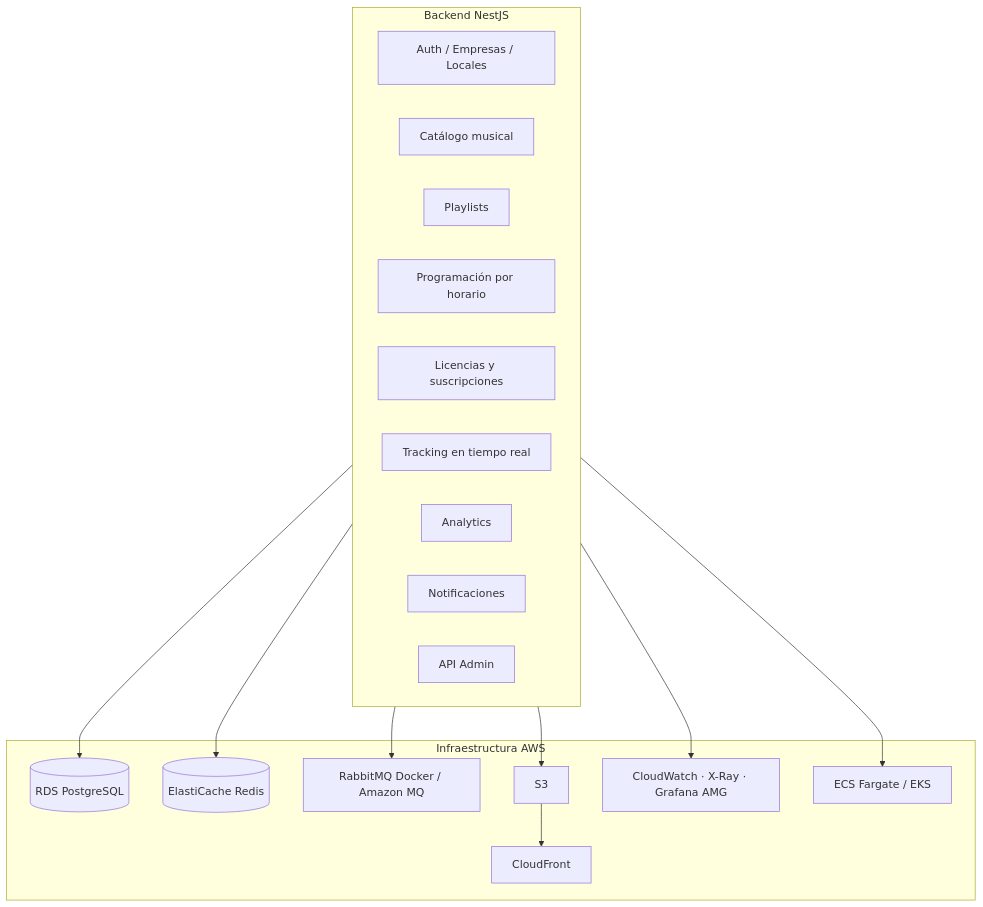
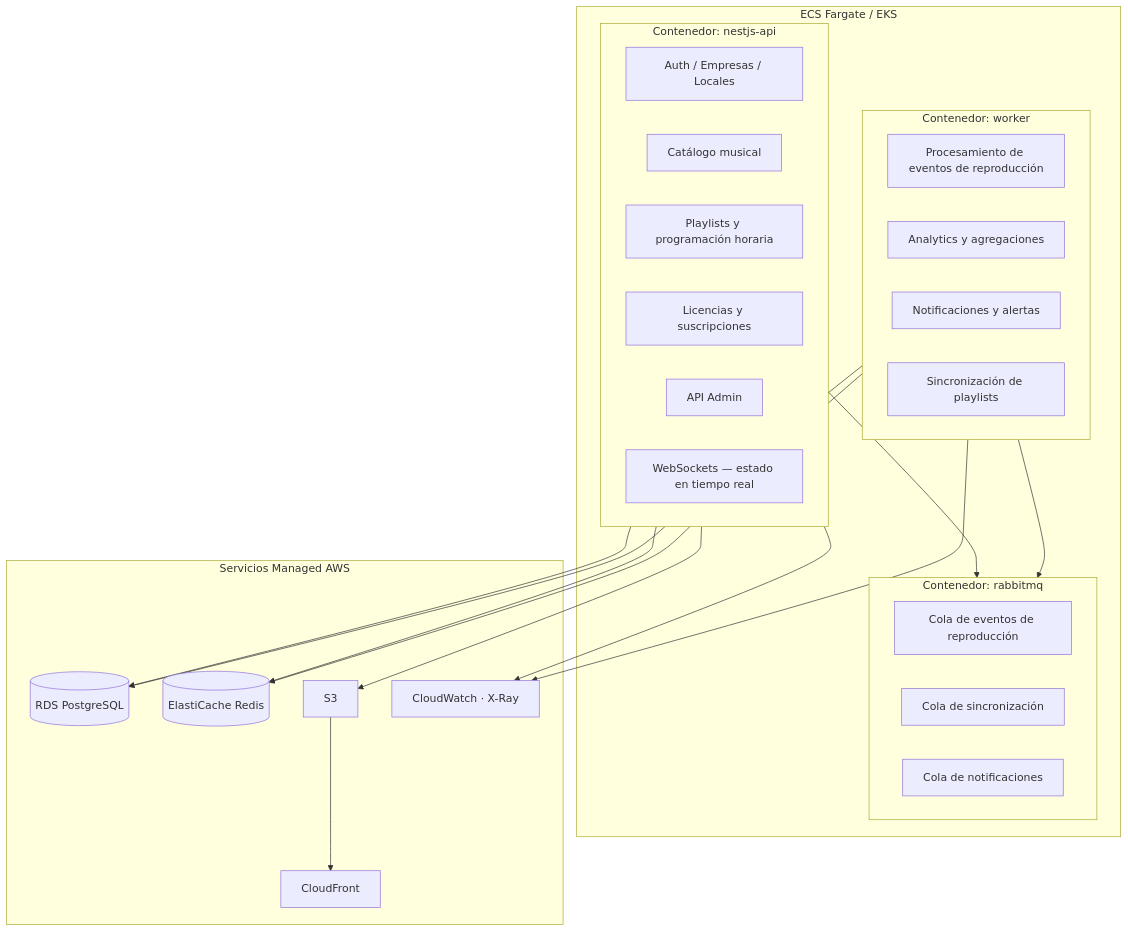
One commit to htm4rck/Mockups changed the second of 9 diagrams in app/MVPMusic/README.md. Above: the diagram before and after it, drawn with Mermaid. The commit also changed other lines of this file, not shown here.

````diff
--- a/app/MVPMusic/README.md
+++ b/app/MVPMusic/README.md
@@ -40,32 +35,45 @@
 ```mermaid
 graph TD
-    subgraph NestJS["Backend NestJS"]
-        AU[Auth / Empresas / Locales]
-        CT[Catálogo musical]
-        PL[Playlists]
-        SC[Programación por horario]
-        LI[Licencias y suscripciones]
-        TR[Tracking en tiempo real]
-        AN[Analytics]
-        NT[Notificaciones]
-        AD[API Admin]
+    subgraph ECS["ECS Fargate / EKS"]
+        subgraph API["Contenedor: nestjs-api"]
+            A1[Auth / Empresas / Locales]
+            A2[Catálogo musical]
+            A3[Playlists y programación horaria]
+            A4[Licencias y suscripciones]
+            A5[API Admin]
+            A6[WebSockets — estado en tiempo real]
+        end
+
+        subgraph WK["Contenedor: worker"]
+            W1[Procesamiento de eventos de reproducción]
+            W2[Analytics y agregaciones]
+            W3[Notificaciones y alertas]
+            W4[Sincronización de playlists]
+        end
+
+        subgraph RMQ["Contenedor: rabbitmq"]
+            R1[Cola de eventos de reproducción]
+            R2[Cola de sincronización]
+            R3[Cola de notificaciones]
+        end
     end
 
-    subgraph Infra["Infraestructura AWS"]
+    subgraph AWS["Servicios Managed AWS"]
         PG[(RDS PostgreSQL)]
         RD[(ElastiCache Redis)]
-        MQ[RabbitMQ Docker / Amazon MQ]
-        ST[S3]
+        S3[S3]
         CDN[CloudFront]
-        OB[CloudWatch · X-Ray · Grafana AMG]
-        DK[ECS Fargate / EKS]
+        CW[CloudWatch · X-Ray]
     end
 
-    NestJS --> PG
-    NestJS --> RD
-    NestJS --> MQ
-    NestJS --> ST
-    ST --> CDN
-    NestJS --> OB
-    NestJS --> DK
+    API --> PG
+    API --> RD
+    API --> RMQ
+    API --> S3
+    WK --> RMQ
+    WK --> PG
+    WK --> RD
+    S3 --> CDN
+    API --> CW
+    WK --> CW
 ```
````
